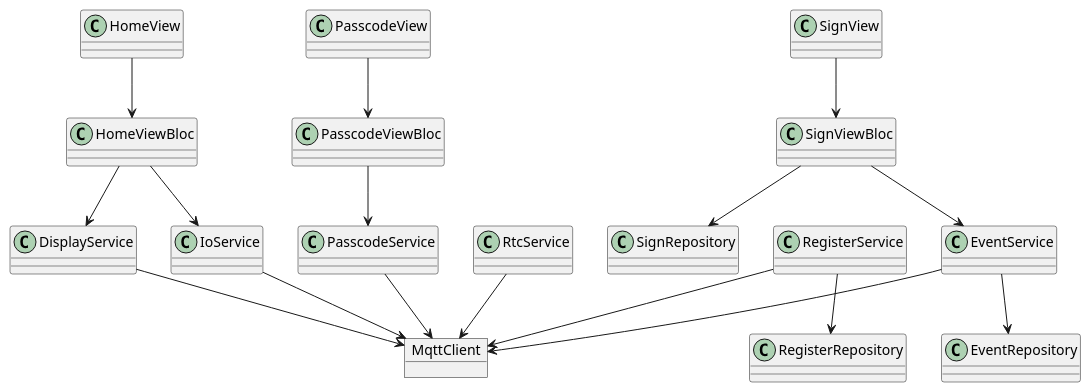
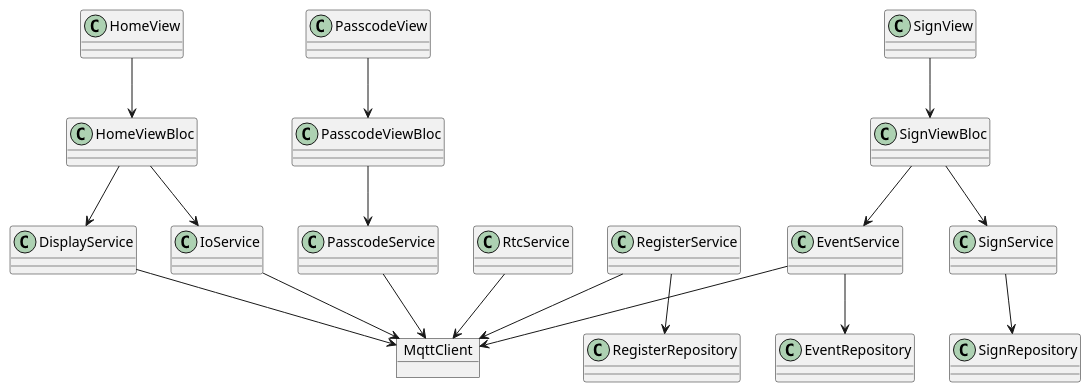
Before and after one commit to KoiFresh/dieklingel-core: the diagram in plantuml/classes.puml, drawn with PlantUML. The commit also changed 13 other files, not shown here.

```diff
--- a/plantuml/classes.puml
+++ b/plantuml/classes.puml
@@ -1,45 +1,47 @@
 @startuml
 object MqttClient
 
 'Service
 class RtcService
-class IoService
+class IoService 
 class PasscodeService
+class SignService
 class EventService
 class RegisterService
 class DisplayService
 
 'Blocs
 class HomeViewBloc
 class SignViewBloc
 class PasscodeViewBloc
 
 'Views
 class HomeView
 class SignView
 class PasscodeView
 
 'Repositories
 class RegisterRepository
 class SignRepository
 class EventRepository
 
 HomeView --> HomeViewBloc
 HomeViewBloc --> DisplayService
 HomeViewBloc --> IoService
 SignView --> SignViewBloc
 PasscodeView --> PasscodeViewBloc
 
-SignViewBloc --> SignRepository
+SignViewBloc --> SignService
+SignService --> SignRepository
 PasscodeService --> MqttClient
 PasscodeViewBloc --> PasscodeService
 SignViewBloc --> EventService
 EventService --> EventRepository
 RegisterService --> RegisterRepository
 RegisterService --> MqttClient
 EventService --> MqttClient
 RtcService --> MqttClient
 IoService --> MqttClient
 DisplayService --> MqttClient
 
 @enduml
```
